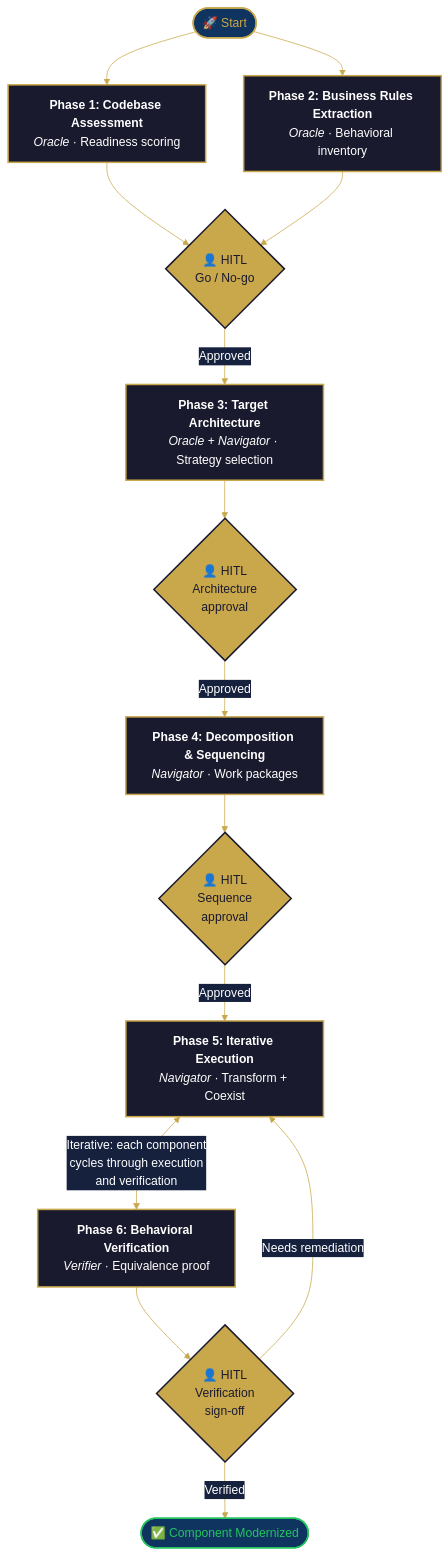
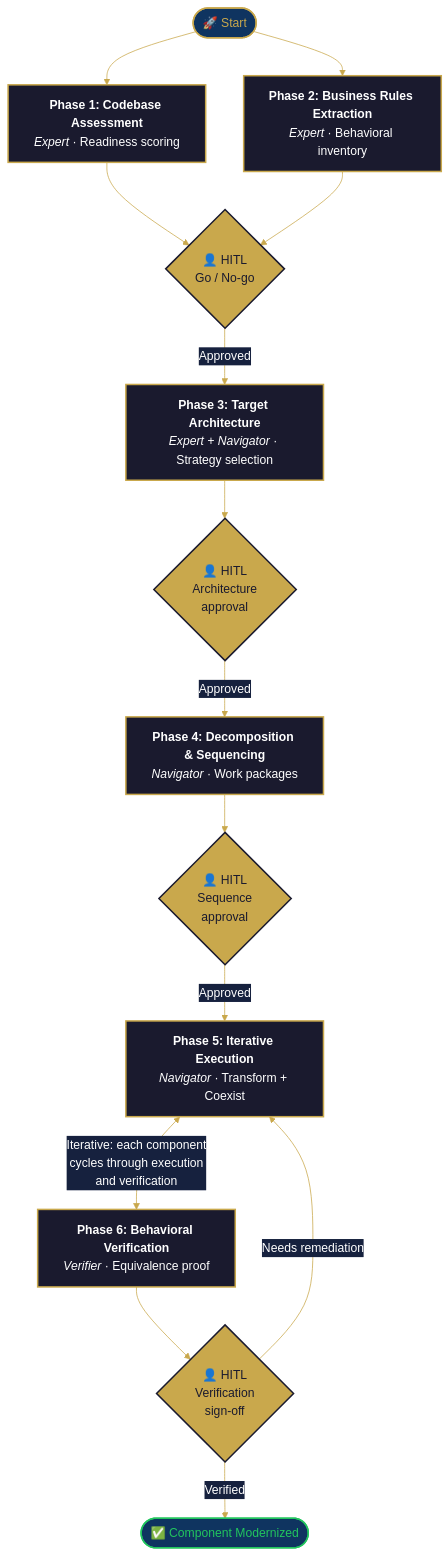
One commit to jbendercb/docs changed the diagram in playbooks/code-modernization.mdx. Above: the diagram before and after it, drawn with Mermaid. The commit also changed other lines of this file and 18 other files, not shown here.

First line of the commit message:
Rename Oracle role to Expert across playbooks

````diff
--- a/playbooks/code-modernization.mdx
+++ b/playbooks/code-modernization.mdx
@@ -99,54 +99,54 @@
 ```mermaid
 %%{init: {'theme': 'base', 'themeVariables': { 'primaryColor': '#1a1a2e', 'primaryTextColor': '#ffffff', 'primaryBorderColor': '#c9a84c', 'lineColor': '#c9a84c', 'secondaryColor': '#16213e', 'tertiaryColor': '#0f3460', 'fontFamily': 'Inter, system-ui, sans-serif'}}}%%
 
 graph TD
     START(["🚀 Start"])
 
-    P1["<b>Phase 1: Codebase Assessment</b><br/><i>Oracle</i> · Readiness scoring"]
-    P2["<b>Phase 2: Business Rules Extraction</b><br/><i>Oracle</i> · Behavioral inventory"]
+    P1["<b>Phase 1: Codebase Assessment</b><br/><i>Expert</i> · Readiness scoring"]
+    P2["<b>Phase 2: Business Rules Extraction</b><br/><i>Expert</i> · Behavioral inventory"]
 
     G1{"👤 HITL<br/>Go / No-go"}
 
-    P3["<b>Phase 3: Target Architecture</b><br/><i>Oracle + Navigator</i> · Strategy selection"]
+    P3["<b>Phase 3: Target Architecture</b><br/><i>Expert + Navigator</i> · Strategy selection"]
 
     G3{"👤 HITL<br/>Architecture<br/>approval"}
 
     P4["<b>Phase 4: Decomposition & Sequencing</b><br/><i>Navigator</i> · Work packages"]
 
     G4{"👤 HITL<br/>Sequence<br/>approval"}
 
     P5["<b>Phase 5: Iterative Execution</b><br/><i>Navigator</i> · Transform + Coexist"]
 
     P6["<b>Phase 6: Behavioral Verification</b><br/><i>Verifier</i> · Equivalence proof"]
 
     G6{"👤 HITL<br/>Verification<br/>sign-off"}
 
     DONE(["✅ Component Modernized"])
 
     START --> P1
     START --> P2
     P1 --> G1
     P2 --> G1
     G1 -->|Approved| P3
     P3 --> G3
     G3 -->|Approved| P4
     P4 --> G4
     G4 -->|Approved| P5
     P5 <-->|"Iterative: each component<br/>cycles through execution<br/>and verification"| P6
     P6 --> G6
     G6 -->|Verified| DONE
     G6 -->|"Needs remediation"| P5
 
     style START fill:#0f3460,stroke:#c9a84c,stroke-width:2px,color:#c9a84c
     style P1 fill:#1a1a2e,stroke:#c9a84c,stroke-width:2px,color:#ffffff
     style P2 fill:#1a1a2e,stroke:#c9a84c,stroke-width:2px,color:#ffffff
     style P3 fill:#1a1a2e,stroke:#c9a84c,stroke-width:2px,color:#ffffff
     style P4 fill:#1a1a2e,stroke:#c9a84c,stroke-width:2px,color:#ffffff
     style P5 fill:#1a1a2e,stroke:#c9a84c,stroke-width:2px,color:#ffffff
     style P6 fill:#1a1a2e,stroke:#c9a84c,stroke-width:2px,color:#ffffff
     style G1 fill:#c9a84c,stroke:#1a1a2e,stroke-width:2px,color:#1a1a2e
     style G3 fill:#c9a84c,stroke:#1a1a2e,stroke-width:2px,color:#1a1a2e
     style G4 fill:#c9a84c,stroke:#1a1a2e,stroke-width:2px,color:#1a1a2e
     style G6 fill:#c9a84c,stroke:#1a1a2e,stroke-width:2px,color:#1a1a2e
     style DONE fill:#0f3460,stroke:#22c55e,stroke-width:2px,color:#22c55e
 ```
````
